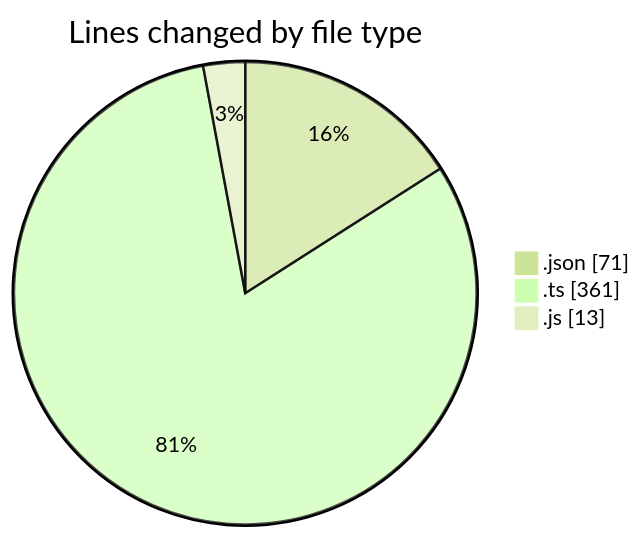
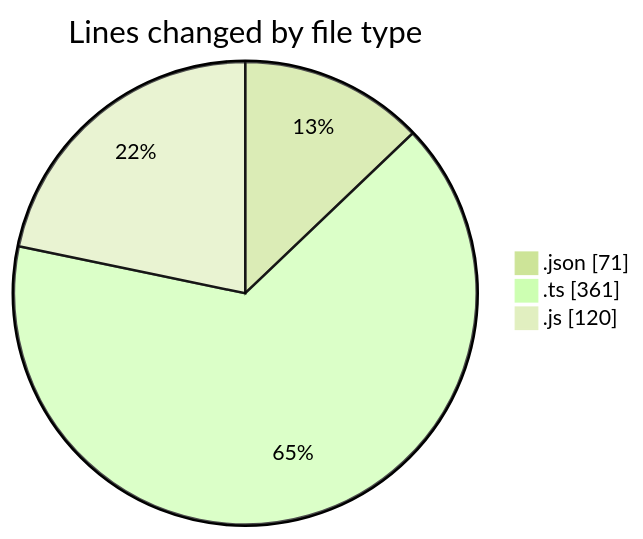
The first of 2 diagrams in 2025-02-06/cda/README.md (momahboobian/code-tracking), drawn with Mermaid (forest theme) before and after one commit. The commit also changed other lines of this file and 1 other file, not shown here.

````diff
--- a/2025-02-06/cda/README.md
+++ b/2025-02-06/cda/README.md
@@ -25,7 +26,7 @@
 ```mermaid
 pie showData
 title Lines changed by file type
 ".json" : 71
 ".ts" : 361
-".js" : 13
+".js" : 120
 ```
````
